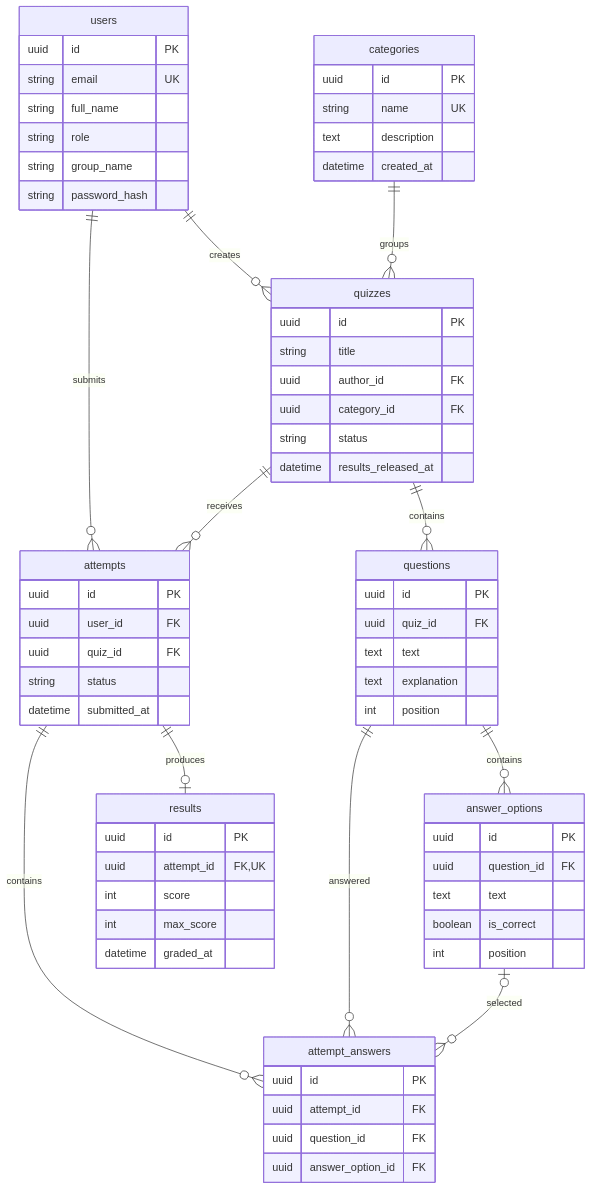
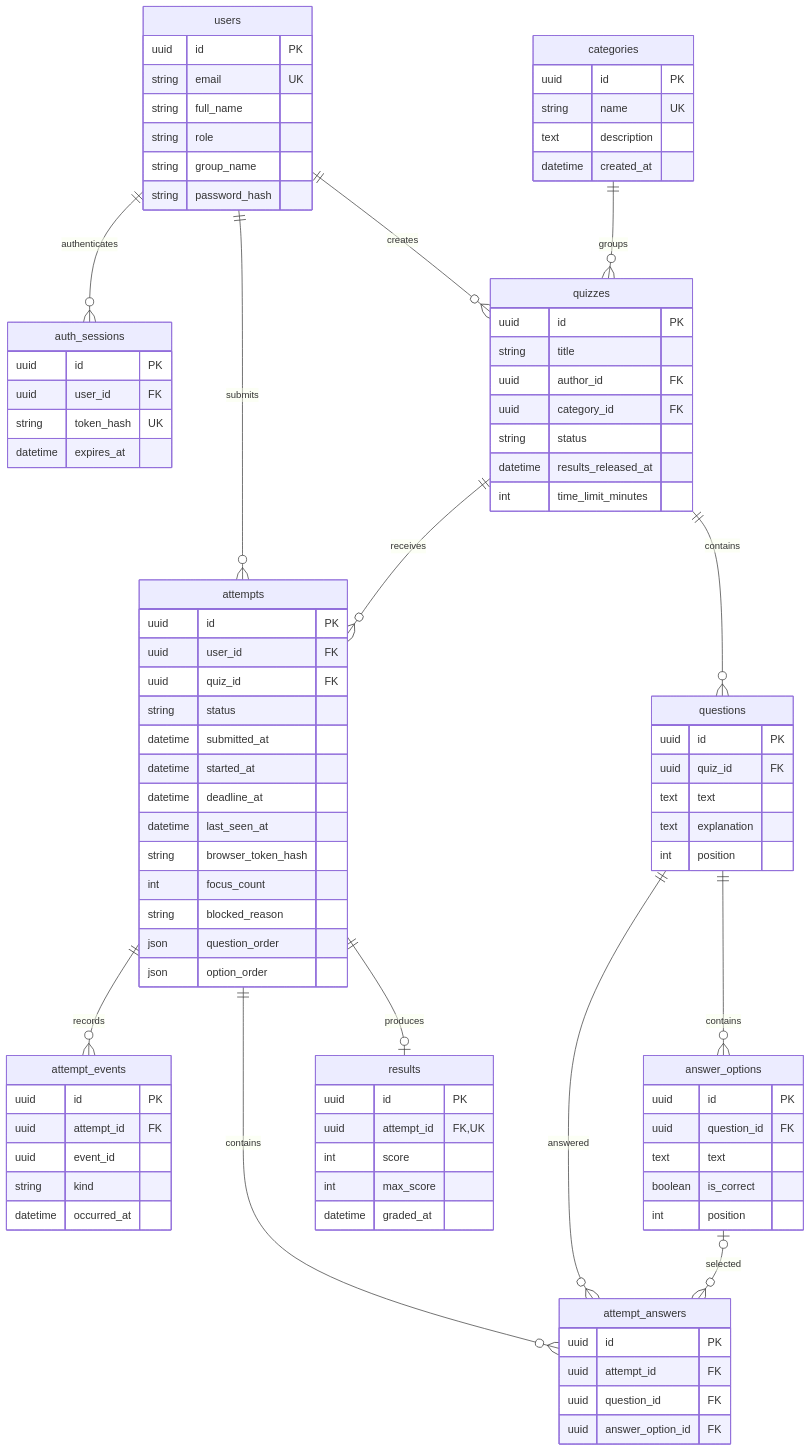
Before and after one commit to svetlanashegay-commits/Delul: the diagram in docs/er-diagram.md, drawn with Mermaid. The commit also changed other lines of this file and 3 other files, not shown here.

````diff
--- a/docs/er-diagram.md
+++ b/docs/er-diagram.md
@@ -37,5 +39,7 @@
 ```mermaid
 erDiagram
+    users ||--o{ auth_sessions : authenticates
+    attempts ||--o{ attempt_events : records
     users ||--o{ quizzes : creates
     categories ||--o{ quizzes : groups
     quizzes ||--o{ questions : contains
@@ -67,6 +71,7 @@
         uuid category_id FK
         string status
         datetime results_released_at
+        int time_limit_minutes
     }
     questions {
         uuid id PK
@@ -88,6 +93,27 @@
         uuid quiz_id FK
         string status
         datetime submitted_at
+        datetime started_at
+        datetime deadline_at
+        datetime last_seen_at
+        string browser_token_hash
+        int focus_count
+        string blocked_reason
+        json question_order
+        json option_order
+    }
+    auth_sessions {
+        uuid id PK
+        uuid user_id FK
+        string token_hash UK
+        datetime expires_at
+    }
+    attempt_events {
+        uuid id PK
+        uuid attempt_id FK
+        uuid event_id
+        string kind
+        datetime occurred_at
     }
     attempt_answers {
         uuid id PK
````
